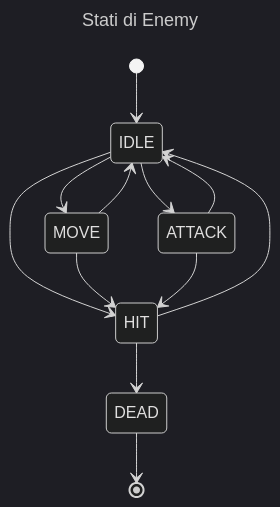
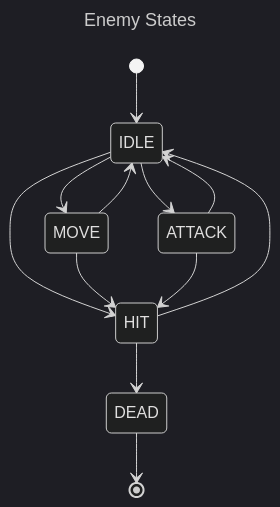
One commit to bytestrick/chevy changed the third of 4 diagrams in README.md. Above: the diagram before and after it, drawn with Mermaid (dark theme). The commit also changed other lines of this file and 143 other files, not shown here.

````diff
--- a/README.md
+++ b/README.md
@@ -126,17 +123,17 @@
 ```mermaid
 ---
-title: Stati di Enemy
+title: Enemy States
 ---
 stateDiagram-v2
     [*] --> IDLE
     IDLE --> MOVE
     IDLE --> ATTACK
     IDLE --> HIT
     MOVE --> IDLE
     MOVE --> HIT
     ATTACK --> IDLE
     ATTACK --> HIT
     HIT --> IDLE
     HIT --> DEAD
     DEAD --> [*]
 ```
````
